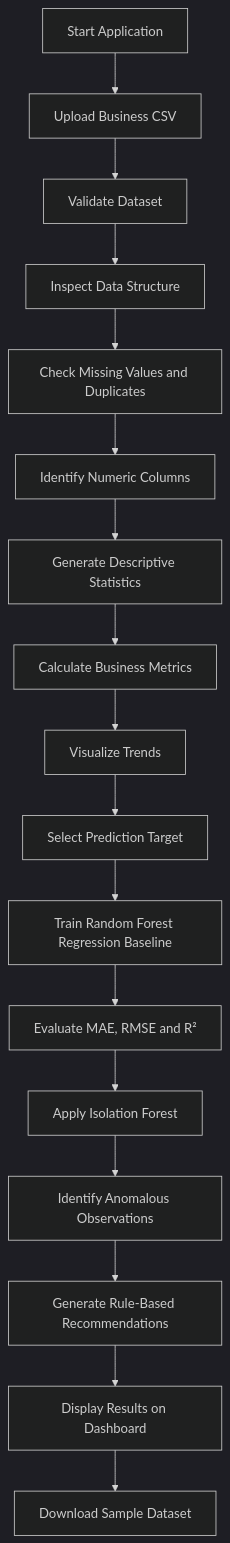
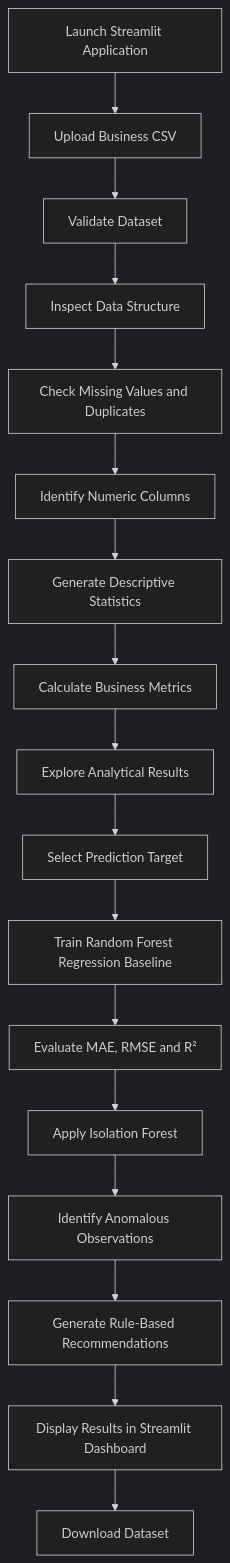
The second of 2 diagrams in README.md (Riyaz077/AI-Powered-Business-Intelligence-System), drawn with Mermaid (dark theme) before and after one commit. The commit also changed other lines of this file, not shown here.

````diff
--- a/README.md
+++ b/README.md
@@ -83,24 +83,24 @@
 ```mermaid
 flowchart TD
-    A["Start Application"] --> B["Upload Business CSV"]
+    A["Launch Streamlit Application"] --> B["Upload Business CSV"]
     B --> C["Validate Dataset"]
     C --> D["Inspect Data Structure"]
 
     D --> E["Check Missing Values and Duplicates"]
     E --> F["Identify Numeric Columns"]
 
     F --> G["Generate Descriptive Statistics"]
     G --> H["Calculate Business Metrics"]
-    H --> I["Visualize Trends"]
+    H --> I["Explore Analytical Results"]
 
     I --> J["Select Prediction Target"]
     J --> K["Train Random Forest Regression Baseline"]
     K --> L["Evaluate MAE, RMSE and R²"]
 
     L --> M["Apply Isolation Forest"]
     M --> N["Identify Anomalous Observations"]
 
     N --> O["Generate Rule-Based Recommendations"]
-    O --> P["Display Results on Dashboard"]
-    P --> Q["Download Sample Dataset"]
+    O --> P["Display Results in Streamlit Dashboard"]
+    P --> Q["Download Dataset"]
 ```
````
